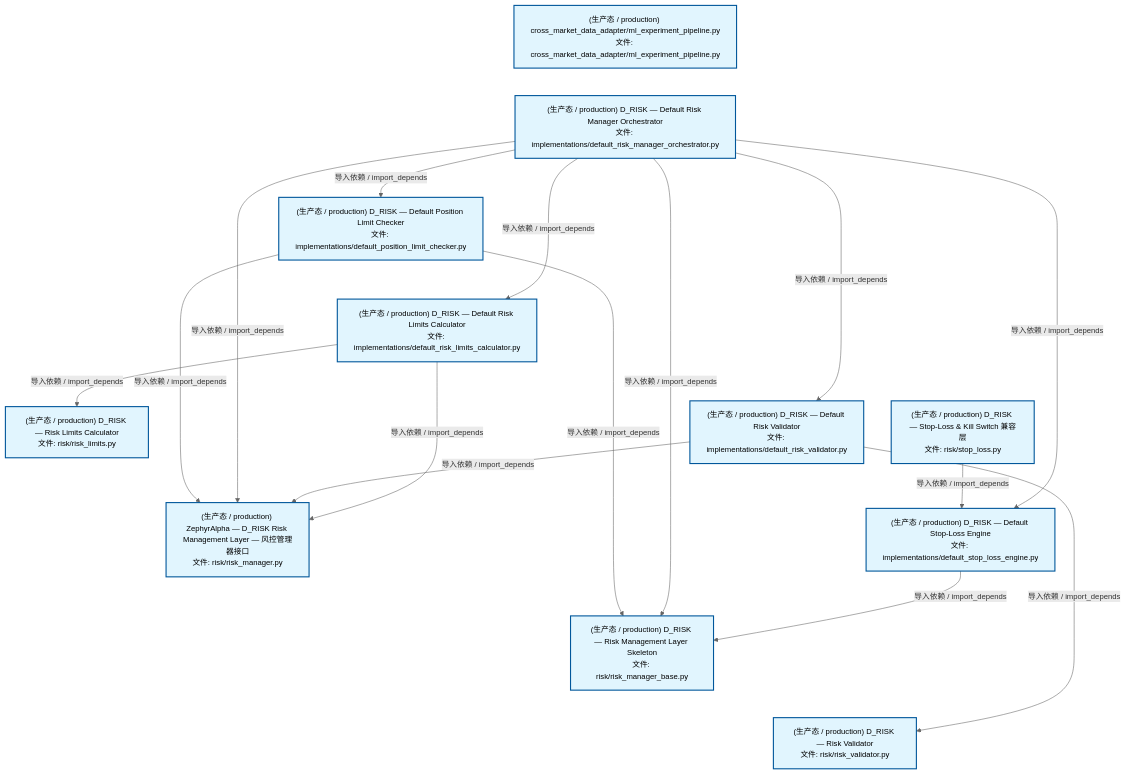
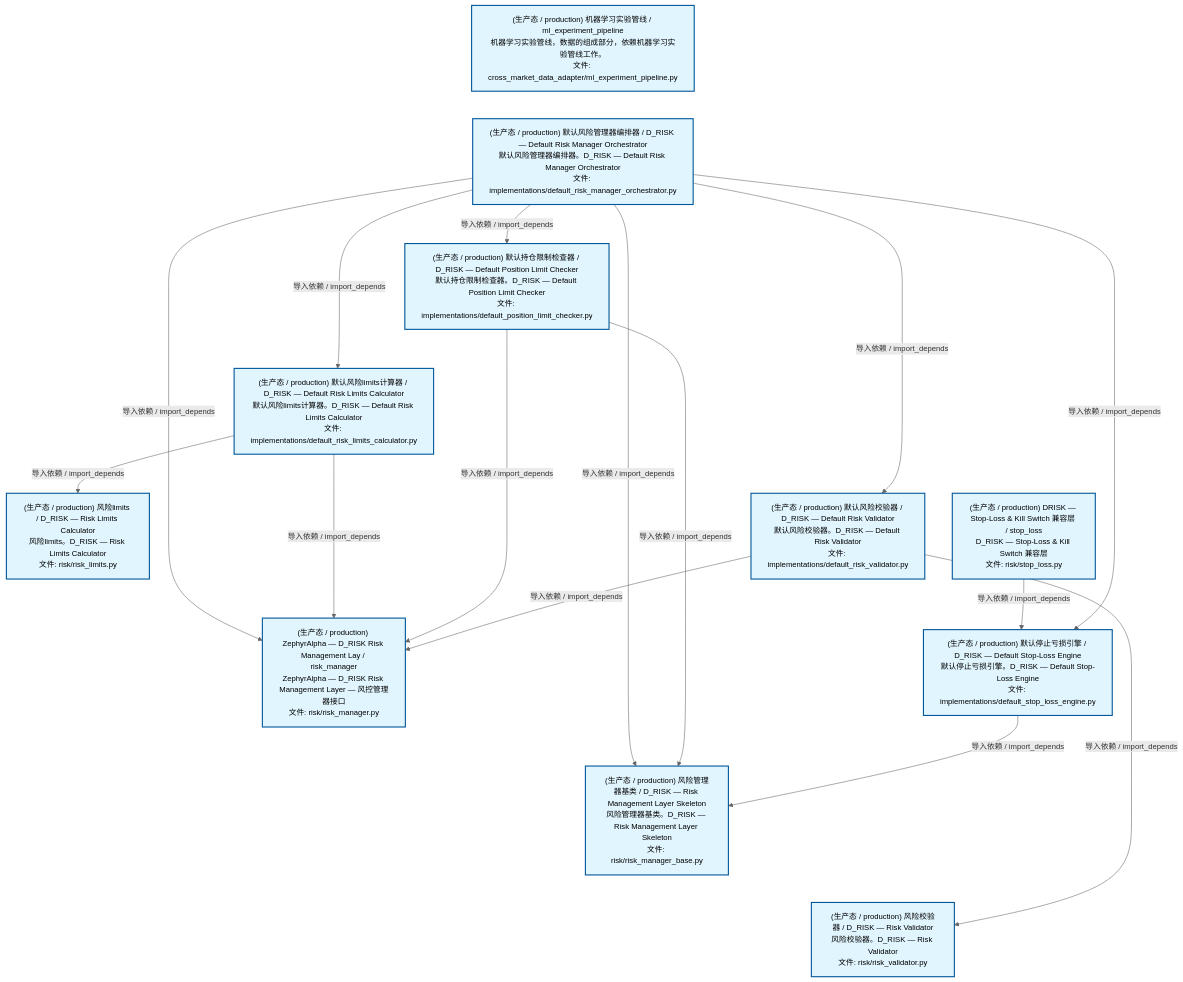
Before and after one commit to xuanFelixVan/ZephyrAlpha: the second of 4 diagrams in docs/02_enterprise_architecture/02_domain_architecture_docs/65_d_risk.md, drawn with Mermaid. The commit also changed other lines of this file and 60 other files, not shown here.

````diff
--- a/docs/02_enterprise_architecture/02_domain_architecture_docs/65_d_risk.md
+++ b/docs/02_enterprise_architecture/02_domain_architecture_docs/65_d_risk.md
@@ -134,42 +134,42 @@
 ```mermaid
 %%{init: {'theme': 'base', 'themeVariables': {'primaryColor': '#eaeaea', 'primaryTextColor': '#333333', 'primaryBorderColor': '#666666', 'lineColor': '#666666', 'secondaryColor': '#eaeaea', 'tertiaryColor': '#eaeaea', 'fontSize': '14px'}}}%%
 flowchart TD
-    src_zephyr_risk_cross_asset_cross_market_data_adapter_ml_experiment_pipeline_py["(生产态 / production) cross_market_data_adapter/ml_experiment_pipeline.py<br/>文件: cross_market_data_adapter/ml_experiment_pipeline.py"]
-    src_zephyr_risk_implementations_default_risk_manager_orchestrator_py["(生产态 / production) D_RISK — Default Risk Manager Orchestrator<br/>文件: implementations/default_risk_manager_orchestrator.py"]
-    src_zephyr_risk_stop_loss_py["(生产态 / production) D_RISK — Stop-Loss & Kill Switch 兼容层<br/>文件: risk/stop_loss.py"]
+    src_zephyr_risk_cross_asset_cross_market_data_adapter_ml_experiment_pipeline_py["(生产态 / production) 机器学习实验管线 / ml_experiment_pipeline<br/>机器学习实验管线，数据的组成部分，依赖机器学习实验管线工作。<br/>文件: cross_market_data_adapter/ml_experiment_pipeline.py"]
+    src_zephyr_risk_implementations_default_risk_manager_orchestrator_py["(生产态 / production) 默认风险管理器编排器 / D_RISK — Default Risk Manager Orchestrator<br/>默认风险管理器编排器。D_RISK — Default Risk Manager Orchestrator<br/>文件: implementations/default_risk_manager_orchestrator.py"]
+    src_zephyr_risk_stop_loss_py["(生产态 / production) DRISK — Stop-Loss & Kill Switch 兼容层 / stop_loss<br/>D_RISK — Stop-Loss & Kill Switch 兼容层<br/>文件: risk/stop_loss.py"]
     src_zephyr_risk_cross_asset_cross_market_data_adapter_ml_experiment_pipeline_py ~~~ src_zephyr_risk_implementations_default_risk_manager_orchestrator_py
     src_zephyr_risk_implementations_default_risk_manager_orchestrator_py ~~~ src_zephyr_risk_stop_loss_py
-    src_zephyr_risk_implementations_default_position_limit_checker_py["(生产态 / production) D_RISK — Default Position Limit Checker<br/>文件: implementations/default_position_limit_checker.py"]
-    src_zephyr_risk_implementations_default_risk_limits_calculator_py["(生产态 / production) D_RISK — Default Risk Limits Calculator<br/>文件: implementations/default_risk_limits_calculator.py"]
-    src_zephyr_risk_implementations_default_risk_validator_py["(生产态 / production) D_RISK — Default Risk Validator<br/>文件: implementations/default_risk_validator.py"]
-    src_zephyr_risk_implementations_default_stop_loss_engine_py["(生产态 / production) D_RISK — Default Stop-Loss Engine<br/>文件: implementations/default_stop_loss_engine.py"]
+    src_zephyr_risk_implementations_default_position_limit_checker_py["(生产态 / production) 默认持仓限制检查器 / D_RISK — Default Position Limit Checker<br/>默认持仓限制检查器。D_RISK — Default Position Limit Checker<br/>文件: implementations/default_position_limit_checker.py"]
+    src_zephyr_risk_implementations_default_risk_limits_calculator_py["(生产态 / production) 默认风险limits计算器 / D_RISK — Default Risk Limits Calculator<br/>默认风险limits计算器。D_RISK — Default Risk Limits Calculator<br/>文件: implementations/default_risk_limits_calculator.py"]
+    src_zephyr_risk_implementations_default_risk_validator_py["(生产态 / production) 默认风险校验器 / D_RISK — Default Risk Validator<br/>默认风险校验器。D_RISK — Default Risk Validator<br/>文件: implementations/default_risk_validator.py"]
+    src_zephyr_risk_implementations_default_stop_loss_engine_py["(生产态 / production) 默认停止亏损引擎 / D_RISK — Default Stop-Loss Engine<br/>默认停止亏损引擎。D_RISK — Default Stop-Loss Engine<br/>文件: implementations/default_stop_loss_engine.py"]
     src_zephyr_risk_implementations_default_position_limit_checker_py ~~~ src_zephyr_risk_implementations_default_risk_limits_calculator_py
     src_zephyr_risk_implementations_default_risk_limits_calculator_py ~~~ src_zephyr_risk_implementations_default_risk_validator_py
     src_zephyr_risk_implementations_default_risk_validator_py ~~~ src_zephyr_risk_implementations_default_stop_loss_engine_py
-    src_zephyr_risk_risk_limits_py["(生产态 / production) D_RISK — Risk Limits Calculator<br/>文件: risk/risk_limits.py"]
-    src_zephyr_risk_risk_manager_py["(生产态 / production) ZephyrAlpha — D_RISK Risk Management Layer — 风控管理器接口<br/>文件: risk/risk_manager.py"]
-    src_zephyr_risk_risk_manager_base_py["(生产态 / production) D_RISK — Risk Management Layer Skeleton<br/>文件: risk/risk_manager_base.py"]
-    src_zephyr_risk_risk_validator_py["(生产态 / production) D_RISK — Risk Validator<br/>文件: risk/risk_validator.py"]
+    src_zephyr_risk_risk_limits_py["(生产态 / production) 风险limits / D_RISK — Risk Limits Calculator<br/>风险limits。D_RISK — Risk Limits Calculator<br/>文件: risk/risk_limits.py"]
+    src_zephyr_risk_risk_manager_py["(生产态 / production) ZephyrAlpha — D_RISK Risk Management Lay / risk_manager<br/>ZephyrAlpha — D_RISK Risk Management Layer — 风控管理器接口<br/>文件: risk/risk_manager.py"]
+    src_zephyr_risk_risk_manager_base_py["(生产态 / production) 风险管理器基类 / D_RISK — Risk Management Layer Skeleton<br/>风险管理器基类。D_RISK — Risk Management Layer Skeleton<br/>文件: risk/risk_manager_base.py"]
+    src_zephyr_risk_risk_validator_py["(生产态 / production) 风险校验器 / D_RISK — Risk Validator<br/>风险校验器。D_RISK — Risk Validator<br/>文件: risk/risk_validator.py"]
     src_zephyr_risk_risk_limits_py ~~~ src_zephyr_risk_risk_manager_py
     src_zephyr_risk_risk_manager_py ~~~ src_zephyr_risk_risk_manager_base_py
     src_zephyr_risk_risk_manager_base_py ~~~ src_zephyr_risk_risk_validator_py
     src_zephyr_risk_stop_loss_py -->|导入依赖 / import_depends| src_zephyr_risk_implementations_default_stop_loss_engine_py
-    src_zephyr_risk_implementations_default_position_limit_checker_py -->|导入依赖 / import_depends| src_zephyr_risk_risk_manager_base_py
-    src_zephyr_risk_implementations_default_position_limit_checker_py -->|导入依赖 / import_depends| src_zephyr_risk_risk_manager_py
+    src_zephyr_risk_implementations_default_risk_manager_orchestrator_py -->|导入依赖 / import_depends| src_zephyr_risk_risk_manager_py
     src_zephyr_risk_implementations_default_risk_manager_orchestrator_py -->|导入依赖 / import_depends| src_zephyr_risk_risk_manager_base_py
-    src_zephyr_risk_implementations_default_risk_manager_orchestrator_py -->|导入依赖 / import_depends| src_zephyr_risk_risk_manager_py
+    src_zephyr_risk_implementations_default_risk_manager_orchestrator_py -->|导入依赖 / import_depends| src_zephyr_risk_implementations_default_risk_limits_calculator_py
     src_zephyr_risk_implementations_default_risk_manager_orchestrator_py -->|导入依赖 / import_depends| src_zephyr_risk_implementations_default_position_limit_checker_py
     src_zephyr_risk_implementations_default_risk_manager_orchestrator_py -->|导入依赖 / import_depends| src_zephyr_risk_implementations_default_risk_validator_py
     src_zephyr_risk_implementations_default_risk_manager_orchestrator_py -->|导入依赖 / import_depends| src_zephyr_risk_implementations_default_stop_loss_engine_py
-    src_zephyr_risk_implementations_default_risk_manager_orchestrator_py -->|导入依赖 / import_depends| src_zephyr_risk_implementations_default_risk_limits_calculator_py
+    src_zephyr_risk_implementations_default_risk_limits_calculator_py -->|导入依赖 / import_depends| src_zephyr_risk_risk_limits_py
+    src_zephyr_risk_implementations_default_risk_limits_calculator_py -->|导入依赖 / import_depends| src_zephyr_risk_risk_manager_py
+    src_zephyr_risk_implementations_default_position_limit_checker_py -->|导入依赖 / import_depends| src_zephyr_risk_risk_manager_py
+    src_zephyr_risk_implementations_default_position_limit_checker_py -->|导入依赖 / import_depends| src_zephyr_risk_risk_manager_base_py
     src_zephyr_risk_implementations_default_risk_validator_py -->|导入依赖 / import_depends| src_zephyr_risk_risk_manager_py
     src_zephyr_risk_implementations_default_risk_validator_py -->|导入依赖 / import_depends| src_zephyr_risk_risk_validator_py
     src_zephyr_risk_implementations_default_stop_loss_engine_py -->|导入依赖 / import_depends| src_zephyr_risk_risk_manager_base_py
-    src_zephyr_risk_implementations_default_risk_limits_calculator_py -->|导入依赖 / import_depends| src_zephyr_risk_risk_manager_py
-    src_zephyr_risk_implementations_default_risk_limits_calculator_py -->|导入依赖 / import_depends| src_zephyr_risk_risk_limits_py
     classDef production fill:#e1f5fe,stroke:#01579b,stroke-width:2px,color:#000
     classDef design fill:#fff3e0,stroke:#e65100,stroke-width:2px,color:#000,stroke-dasharray: 5 5
     classDef external_prod fill:#e8f4fd,stroke:#0277bd,stroke-width:1px,color:#000
     classDef external_design fill:#fff8e7,stroke:#ef6c00,stroke-width:1px,color:#000,stroke-dasharray: 5 5
     class src_zephyr_risk_cross_asset_cross_market_data_adapter_ml_experiment_pipeline_py,src_zephyr_risk_implementations_default_position_limit_checker_py,src_zephyr_risk_implementations_default_risk_limits_calculator_py,src_zephyr_risk_implementations_default_risk_manager_orchestrator_py,src_zephyr_risk_implementations_default_risk_validator_py,src_zephyr_risk_implementations_default_stop_loss_engine_py,src_zephyr_risk_risk_limits_py,src_zephyr_risk_risk_manager_py,src_zephyr_risk_risk_manager_base_py,src_zephyr_risk_risk_validator_py,src_zephyr_risk_stop_loss_py production
 ```
````
